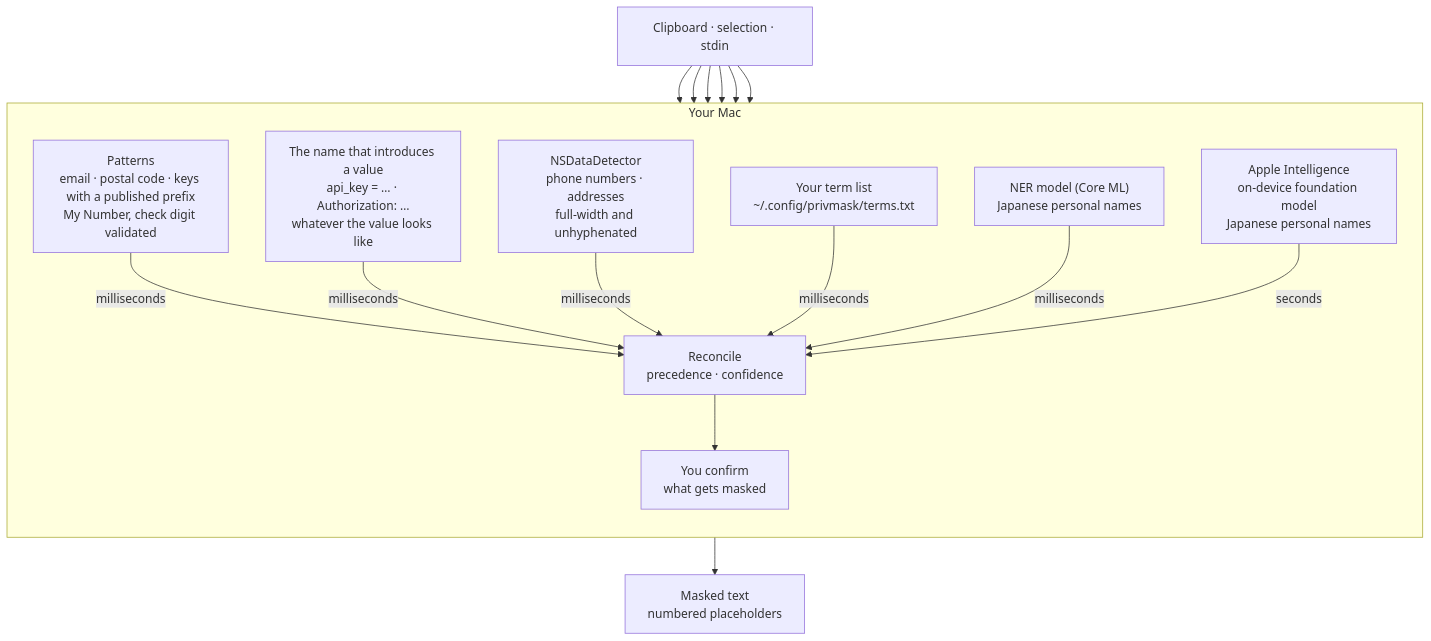
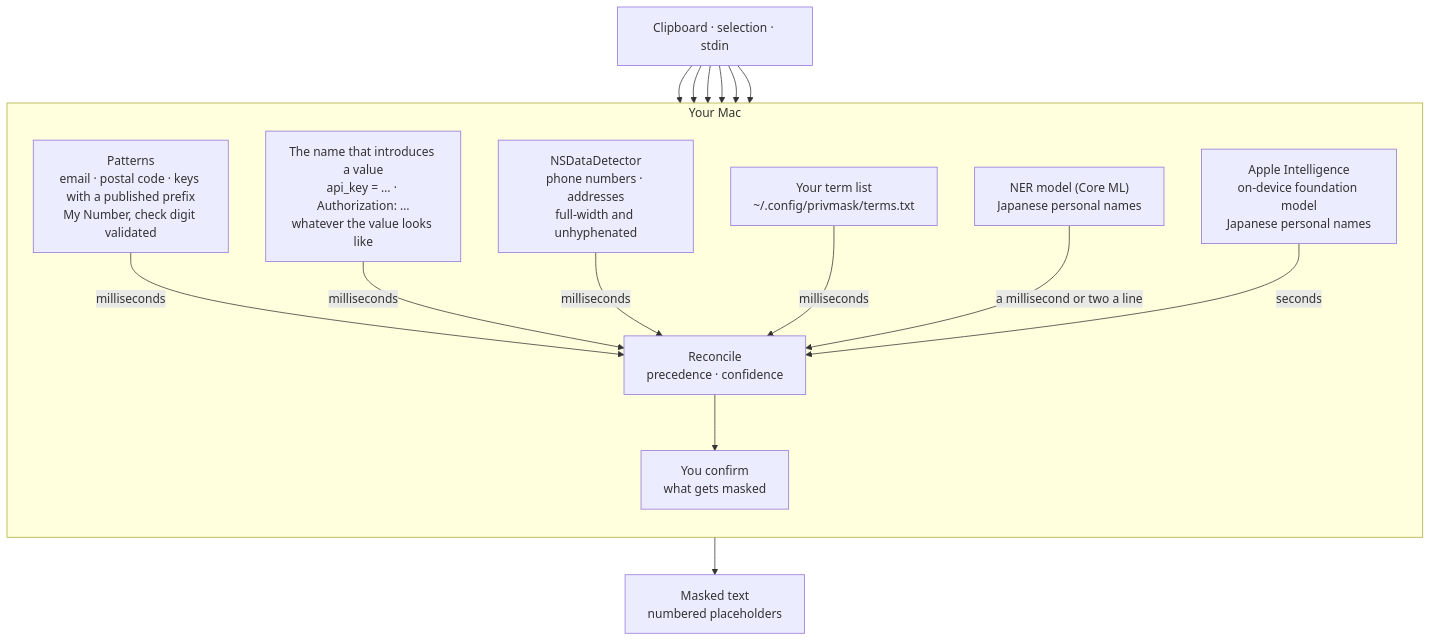
The diagram in README.md (snaka/privmask), drawn with Mermaid before and after one commit. The commit also changed other lines of this file and 1 other file, not shown here.

First line of the commit message:
Say what NER costs on a long log, and what the Swift layer drops

````diff
--- a/README.md
+++ b/README.md
@@ -206,35 +206,35 @@
 ```mermaid
 flowchart TB
     in["Clipboard · selection · stdin"]
 
     subgraph mac["Your Mac"]
         direction TB
         pat["Patterns<br/>email · postal code · keys with a published prefix<br/>My Number, check digit validated"]
         named["The name that introduces a value<br/>api_key = … · Authorization: …<br/>whatever the value looks like"]
         dd["NSDataDetector<br/>phone numbers · addresses<br/>full-width and unhyphenated"]
         terms["Your term list<br/>~/.config/privmask/terms.txt"]
         ner["NER model (Core ML)<br/>Japanese personal names"]
         fm["Apple Intelligence<br/>on-device foundation model<br/>Japanese personal names"]
         merge["Reconcile<br/>precedence · confidence"]
         you["You confirm<br/>what gets masked"]
     end
 
     out["Masked text<br/>numbered placeholders"]
 
     in --> pat
     in --> named
     in --> dd
     in --> terms
     in --> ner
     in --> fm
 
     pat -->|milliseconds| merge
     named -->|milliseconds| merge
     dd -->|milliseconds| merge
     terms -->|milliseconds| merge
-    ner -->|milliseconds| merge
+    ner -->|a millisecond or two a line| merge
     fm -->|seconds| merge
 
     merge --> you
     you --> out
 ```
````
